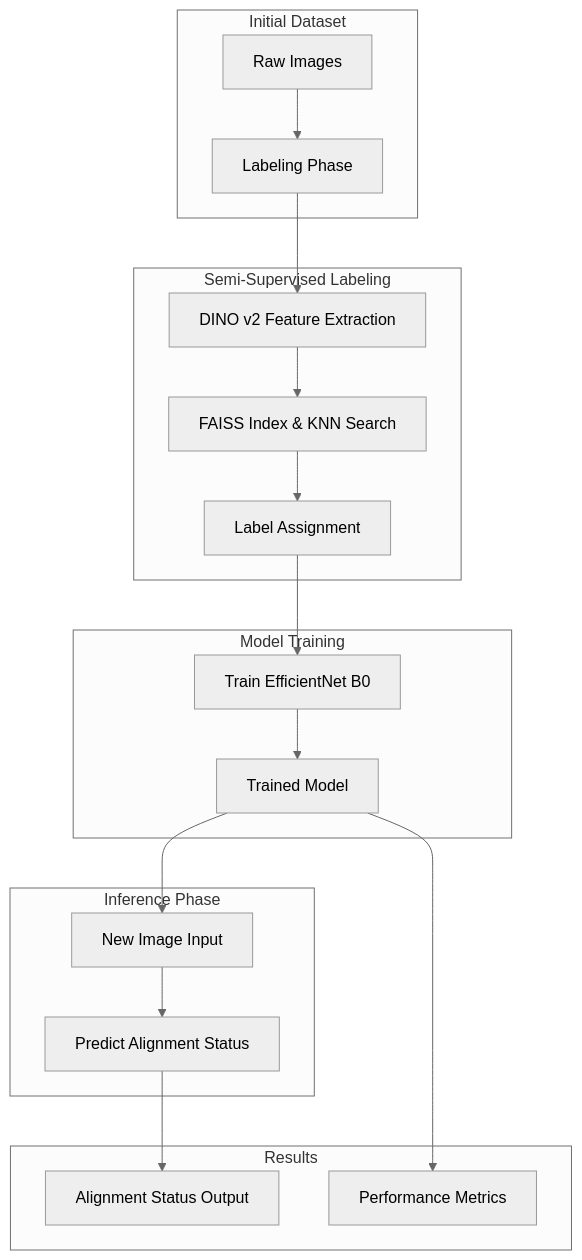
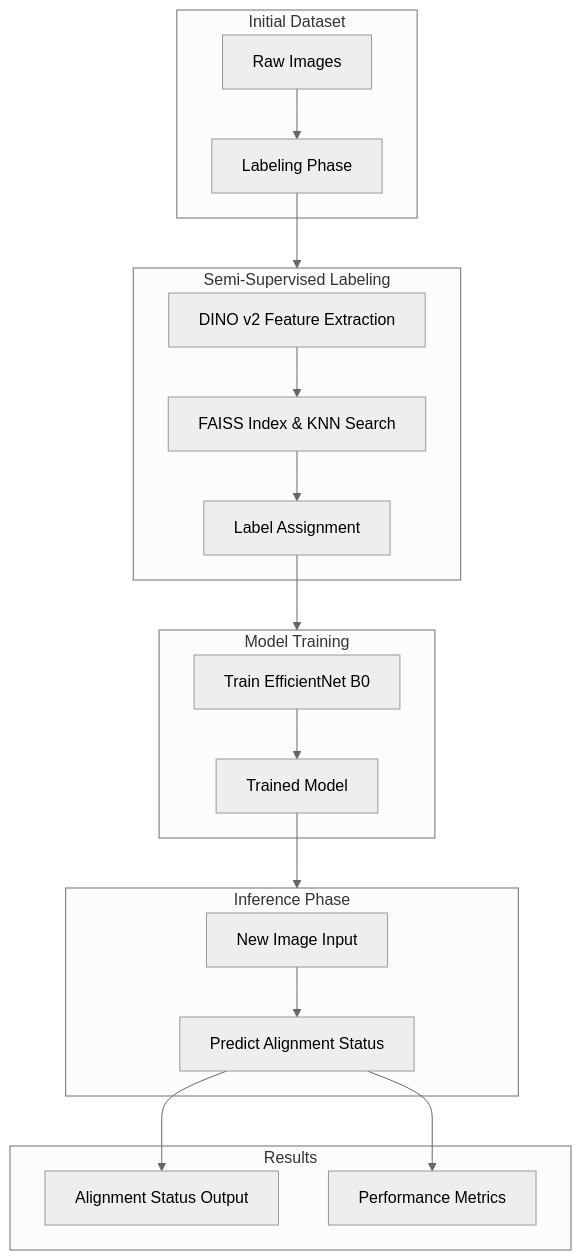
Before and after one commit to arstek131/Semi-Supervised-Labeling-Transformer: the diagram in README.md, drawn with Mermaid (neutral theme).

````diff
--- a/README.md
+++ b/README.md
@@ -14,29 +14,33 @@
 ```mermaid
 graph TD
     subgraph Input["Initial Dataset"]
         A1[Raw Images] --> B1[Labeling Phase]
     end
 
     subgraph Labeling["Semi-Supervised Labeling"]
-        B1 --> C1[DINO v2 Feature Extraction]
+        C1[DINO v2 Feature Extraction]
         C1 --> D1[FAISS Index & KNN Search]
         D1 --> E1[Label Assignment]
     end
 
+    B1 --> Labeling
+
     subgraph Training["Model Training"]
-        E1 --> F1[Train EfficientNet B0]
+        F1[Train EfficientNet B0]
         F1 --> G1[Trained Model]
     end
 
+    E1 --> Training
+
     subgraph Inference["Inference Phase"]
-        G1 --> H1[New Image Input]
+        H1[New Image Input]
         H1 --> I1[Predict Alignment Status]
     end
 
+    G1 --> Inference
+
     subgraph Output["Results"]
         I1 --> J1[Alignment Status Output]
-        G1 --> K1[Performance Metrics]
+        I1 --> K1[Performance Metrics]
     end
-
-
 ```
````
